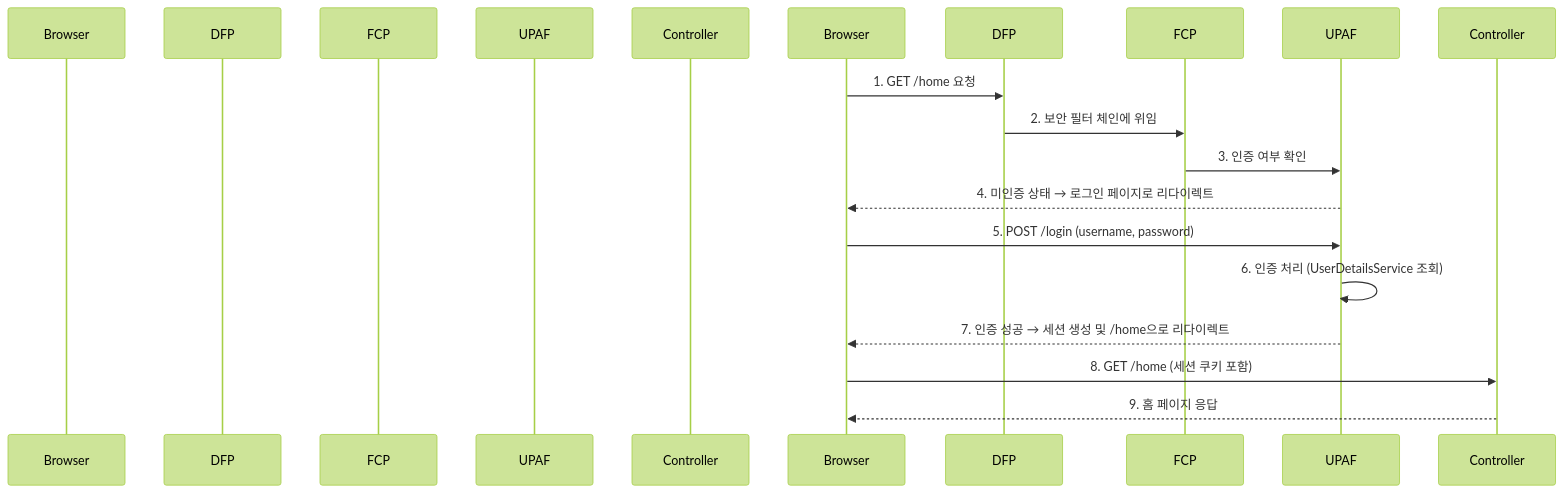
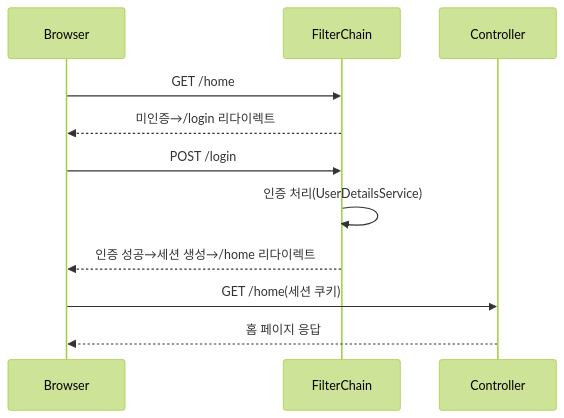
One commit to yjkim2015/yjkim2015.github.io changed the first of 2 diagrams in _posts/security/2021-01-07-spring-boot-security 프로젝트 생성.md. Above: the diagram before and after it, drawn with Mermaid (forest theme). The commit also changed 215 other files, not shown here.

First line of the commit message:
신규 포스트 10개 추가 + Mermaid 전면 축소 + SystemDesign 시리즈 보강

````diff
--- a/_posts/security/2021-01-07-spring-boot-security 프로젝트 생성.md
+++ b/_posts/security/2021-01-07-spring-boot-security 프로젝트 생성.md
@@ -109,18 +109,13 @@
 ```mermaid
 sequenceDiagram
-    participant "브라우저" as Browser
-    participant "DelegatingFilterProxy" as DFP
-    participant "FilterChainProxy" as FCP
-    participant "UsernamePasswordAuthenticationFilter" as UPAF
-    participant "컨트롤러" as Controller
-
-    Browser->>DFP: 1. GET /home 요청
-    DFP->>FCP: 2. 보안 필터 체인에 위임
-    FCP->>UPAF: 3. 인증 여부 확인
-    UPAF-->>Browser: 4. 미인증 상태 → 로그인 페이지로 리다이렉트
-    Browser->>UPAF: 5. POST /login (username, password)
-    UPAF->>UPAF: 6. 인증 처리 (UserDetailsService 조회)
-    UPAF-->>Browser: 7. 인증 성공 → 세션 생성 및 /home으로 리다이렉트
-    Browser->>Controller: 8. GET /home (세션 쿠키 포함)
-    Controller-->>Browser: 9. 홈 페이지 응답
+    participant B as Browser
+    participant F as FilterChain
+    participant C as Controller
+    B->>F: GET /home
+    F-->>B: 미인증→/login 리다이렉트
+    B->>F: POST /login
+    F->>F: 인증 처리(UserDetailsService)
+    F-->>B: 인증 성공→세션 생성→/home 리다이렉트
+    B->>C: GET /home(세션 쿠키)
+    C-->>B: 홈 페이지 응답
 ```
````
